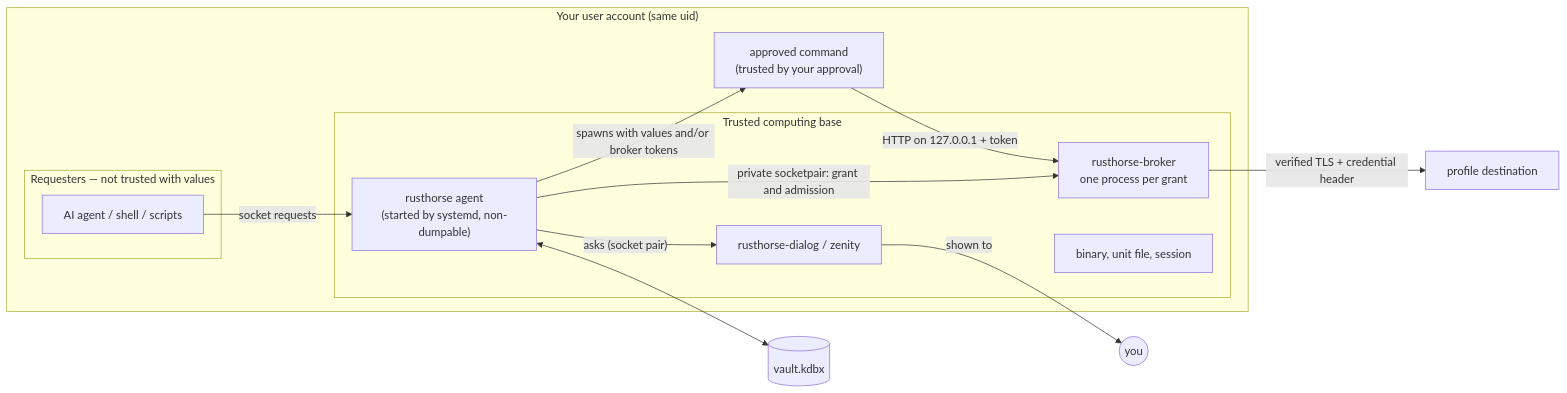
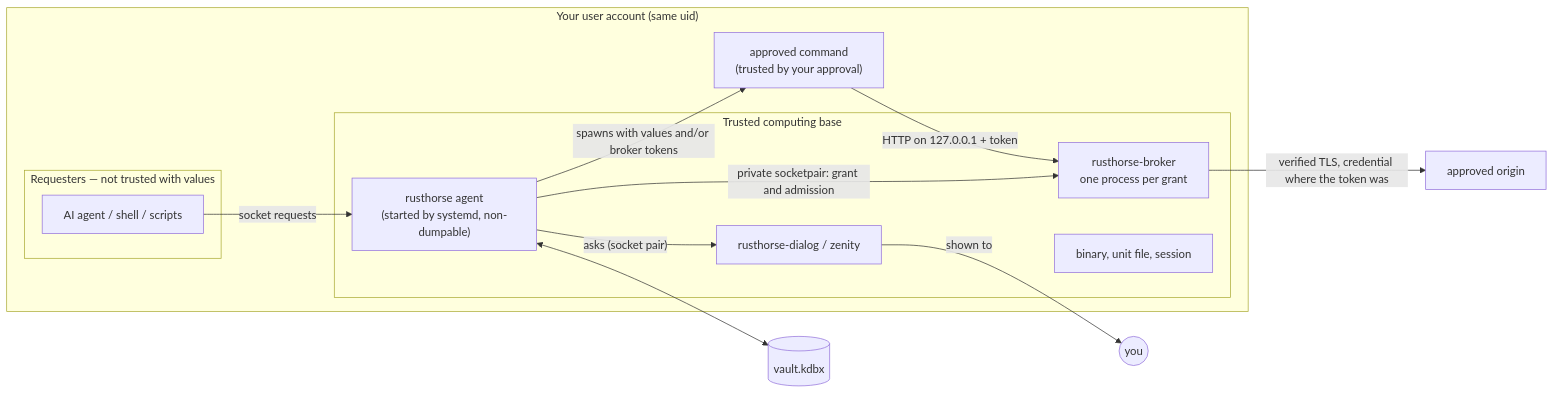
The diagram in docs/threat-model.md (Alle4you/rusthorse), drawn with Mermaid before and after one commit. The commit also changed other lines of this file and 44 other files, not shown here.

````diff
--- a/docs/threat-model.md
+++ b/docs/threat-model.md
@@ -116,24 +119,24 @@
 ```mermaid
 flowchart LR
     subgraph user["Your user account (same uid)"]
         subgraph untrusted["Requesters — not trusted with values"]
             AI["AI agent / shell / scripts"]
         end
         subgraph trusted["Trusted computing base"]
             AG["rusthorse agent<br/>(started by systemd, non-dumpable)"]
             DLG["rusthorse-dialog / zenity"]
             BR["rusthorse-broker<br/>one process per grant"]
             BIN["binary, unit file, session"]
         end
         CMD["approved command<br/>(trusted by your approval)"]
     end
     HUMAN(("you"))
     FILE[("vault.kdbx")]
     AI -- "socket requests" --> AG
     AG -- "asks (socket pair)" --> DLG -- "shown to" --> HUMAN
     AG -- "spawns with values and/or broker tokens" --> CMD
     AG -- "private socketpair: grant and admission" --> BR
     CMD -- "HTTP on 127.0.0.1 + token" --> BR
-    BR -- "verified TLS + credential header" --> API["profile destination"]
+    BR -- "verified TLS, credential where the token was" --> API["approved origin"]
     AG <--> FILE
 ```
````
